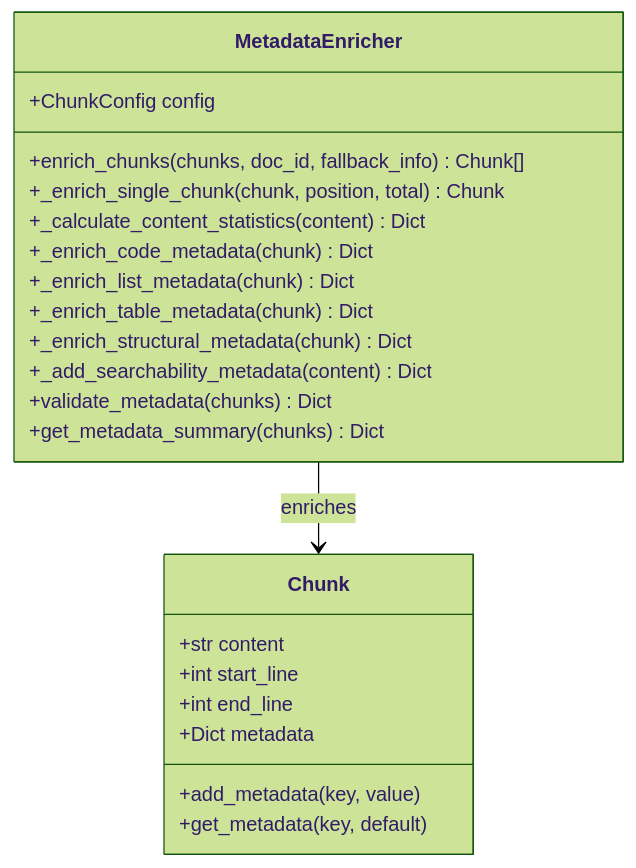
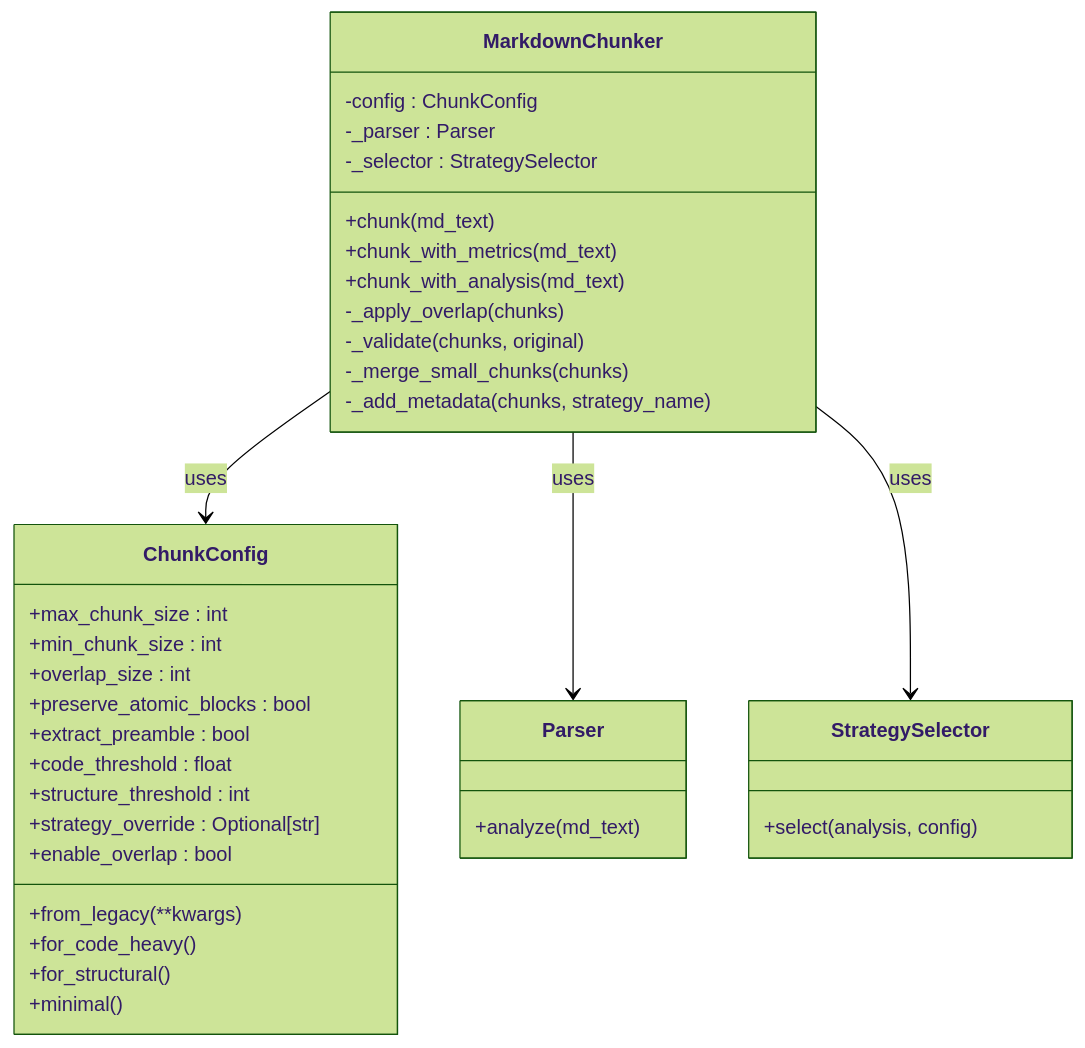
The fifth of 6 diagrams in .qoder/repowiki/en/content/Advanced Features/Advanced Features.md (asukhodko/dify-markdown-chunker), drawn with Mermaid (forest theme) before and after one commit. The commit also changed other lines of this file and 205 other files, not shown here.

````diff
--- a/.qoder/repowiki/en/content/Advanced Features/Advanced Features.md
+++ b/.qoder/repowiki/en/content/Advanced Features/Advanced Features.md
@@ -312,25 +190,39 @@
 ```mermaid
 classDiagram
-class MetadataEnricher {
-+ChunkConfig config
-+enrich_chunks(chunks, doc_id, fallback_info) Chunk[]
-+_enrich_single_chunk(chunk, position, total) Chunk
-+_calculate_content_statistics(content) Dict
-+_enrich_code_metadata(chunk) Dict
-+_enrich_list_metadata(chunk) Dict
-+_enrich_table_metadata(chunk) Dict
-+_enrich_structural_metadata(chunk) Dict
-+_add_searchability_metadata(content) Dict
-+validate_metadata(chunks) Dict
-+get_metadata_summary(chunks) Dict
+class MarkdownChunker {
+-config : ChunkConfig
+-_parser : Parser
+-_selector : StrategySelector
++chunk(md_text)
++chunk_with_metrics(md_text)
++chunk_with_analysis(md_text)
+-_apply_overlap(chunks)
+-_validate(chunks, original)
+-_merge_small_chunks(chunks)
+-_add_metadata(chunks, strategy_name)
 }
-class Chunk {
-+str content
-+int start_line
-+int end_line
-+Dict metadata
-+add_metadata(key, value)
-+get_metadata(key, default)
+class ChunkConfig {
++max_chunk_size : int
++min_chunk_size : int
++overlap_size : int
++preserve_atomic_blocks : bool
++extract_preamble : bool
++code_threshold : float
++structure_threshold : int
++strategy_override : Optional[str]
++enable_overlap : bool
++from_legacy(**kwargs)
++for_code_heavy()
++for_structural()
++minimal()
 }
-MetadataEnricher --> Chunk : enriches
+class Parser {
++analyze(md_text)
+}
+class StrategySelector {
++select(analysis, config)
+}
+MarkdownChunker --> ChunkConfig : uses
+MarkdownChunker --> Parser : uses
+MarkdownChunker --> StrategySelector : uses
 ```
````
